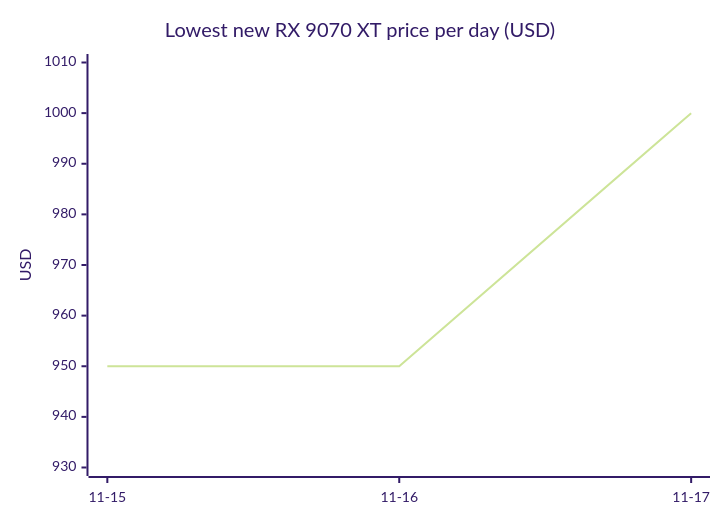
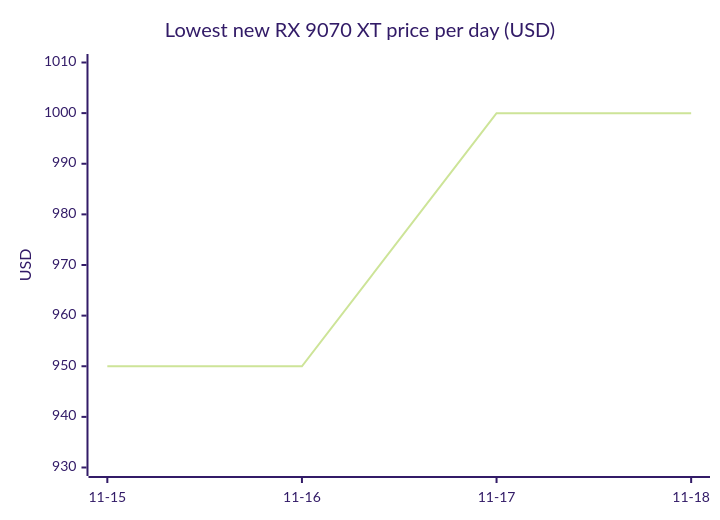
One commit to 7324136828/4tb_ssd_price_watch changed diagram 11 of 18 in README.md. Above: the diagram before and after it, drawn with Mermaid (forest theme). The commit also changed other lines of this file, not shown here.

````diff
--- a/README.md
+++ b/README.md
@@ -615,7 +664,7 @@
 ```mermaid
 xychart-beta
     title "Lowest new RX 9070 XT price per day (USD)"
-    x-axis ["11-15", "11-16", "11-17"]
+    x-axis ["11-15", "11-16", "11-17", "11-18"]
     y-axis "USD" 930 --> 1010
-    line [949.99, 949.99, 999.99]
+    line [949.99, 949.99, 999.99, 999.99]
 ```
````
